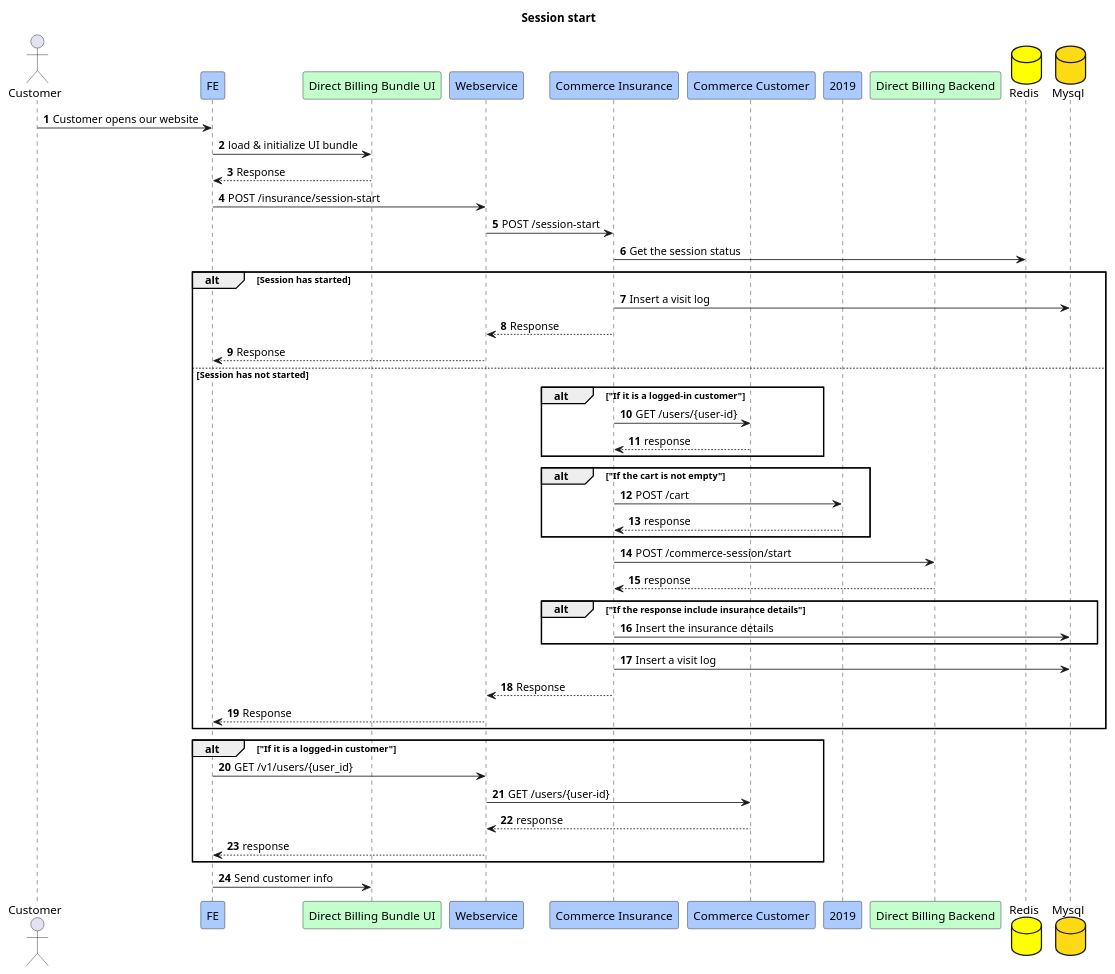
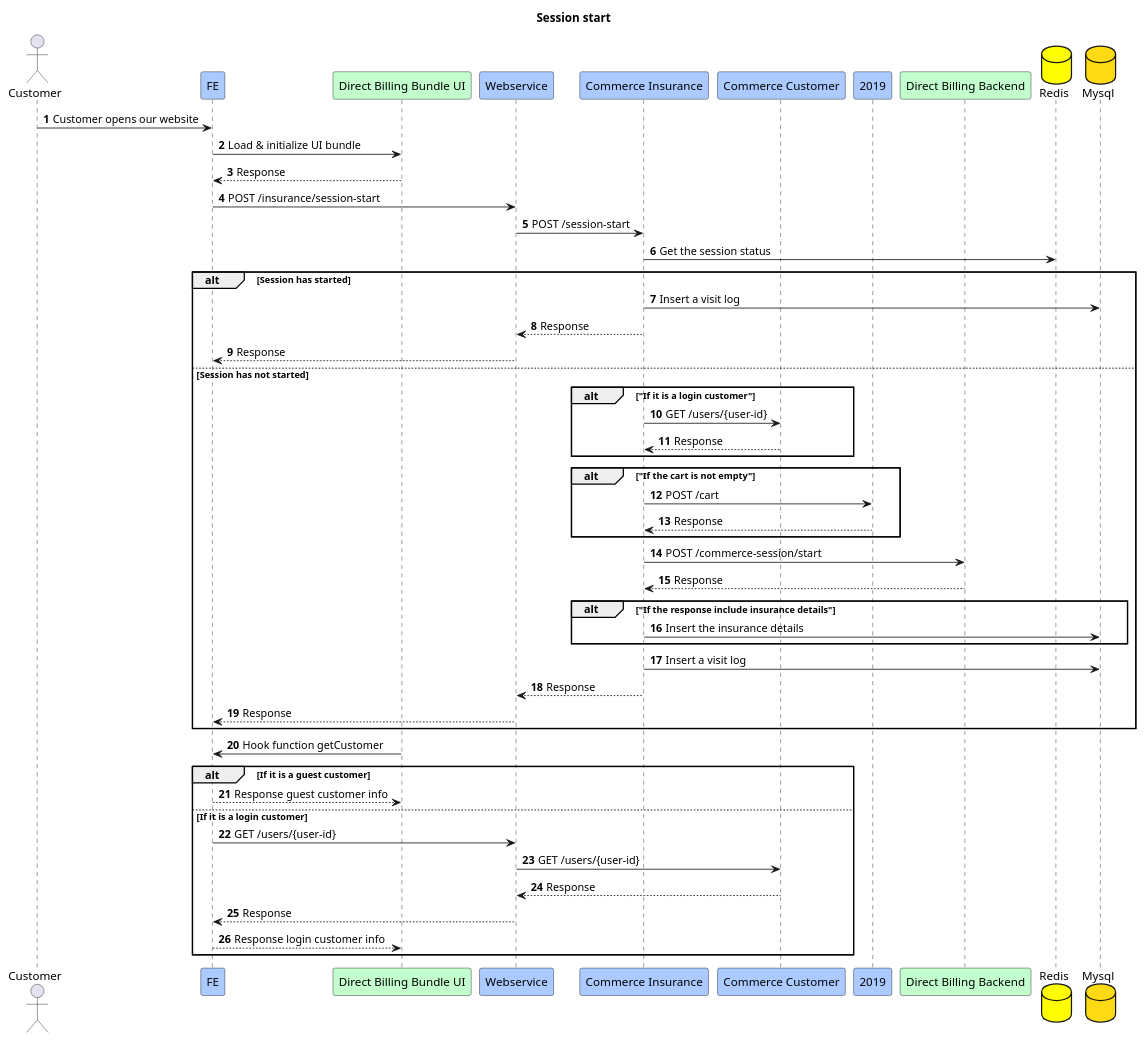
The diagram in 1.Customer session start.puml (Jayounger/EyeMed-Sequence-Diagram), drawn with PlantUML before and after one commit. The commit also changed 14 other files, not shown here.

Commit message:
update diagram

```diff
--- a/1.Customer session start.puml
+++ b/1.Customer session start.puml
@@ -1,52 +1,55 @@
 @startuml
 title Session start
 actor Customer
 participant FE #abcaff
 participant "Direct Billing Bundle UI" #c3ffcd
 participant "Webservice" #abcaff
 participant "Commerce Insurance" #abcaff
 participant "Commerce Customer" #abcaff
 participant "2019" #abcaff
 participant "Direct Billing Backend" #c3ffcd
 database "Redis" #yellow
 database "Mysql" #fdda14
 
 autonumber
 Customer -> FE:Customer opens our website
-FE -> "Direct Billing Bundle UI":load & initialize UI bundle
+FE -> "Direct Billing Bundle UI":Load & initialize UI bundle
 "Direct Billing Bundle UI" --> FE:Response
 FE -> "Webservice":POST /insurance/session-start
 "Webservice" -> "Commerce Insurance":POST /session-start
 "Commerce Insurance" -> "Redis":Get the session status
 alt Session has started
     "Commerce Insurance" -> "Mysql":Insert a visit log
     "Commerce Insurance" --> "Webservice":Response
     "Webservice" --> FE:Response
 else Session has not started
-     alt "If it is a logged-in customer"
+     alt "If it is a login customer"
         "Commerce Insurance" -> "Commerce Customer":GET /users/{user-id}
-        "Commerce Customer" --> "Commerce Insurance":response
+        "Commerce Customer" --> "Commerce Insurance":Response
      end
      alt "If the cart is not empty"
         "Commerce Insurance" -> 2019:POST /cart
-        2019 --> "Commerce Insurance":response
+        2019 --> "Commerce Insurance":Response
      end
      "Commerce Insurance" -> "Direct Billing Backend":POST /commerce-session/start
-     "Direct Billing Backend" --> "Commerce Insurance":response
+     "Direct Billing Backend" --> "Commerce Insurance":Response
      alt "If the response include insurance details"
         "Commerce Insurance" -> "Mysql":Insert the insurance details
      end
      "Commerce Insurance" -> "Mysql":Insert a visit log
      "Commerce Insurance" --> "Webservice":Response
      "Webservice" --> FE:Response
 end
 
-alt "If it is a logged-in customer"
-    FE -> "Webservice":GET /v1/users/{user_id}
+"Direct Billing Bundle UI" -> FE: Hook function getCustomer
+alt If it is a guest customer
+    FE --> "Direct Billing Bundle UI":Response guest customer info
+else If it is a login customer
+    FE -> "Webservice":GET /users/{user-id}
     "Webservice" -> "Commerce Customer":GET /users/{user-id}
-    "Commerce Customer" --> "Webservice":response
-    "Webservice" -->FE:response
+    "Commerce Customer" --> "Webservice":Response
+    "Webservice" --> FE:Response
+    FE --> "Direct Billing Bundle UI":Response login customer info
 end
-FE -> "Direct Billing Bundle UI":Send customer info
 
 @enduml
```
